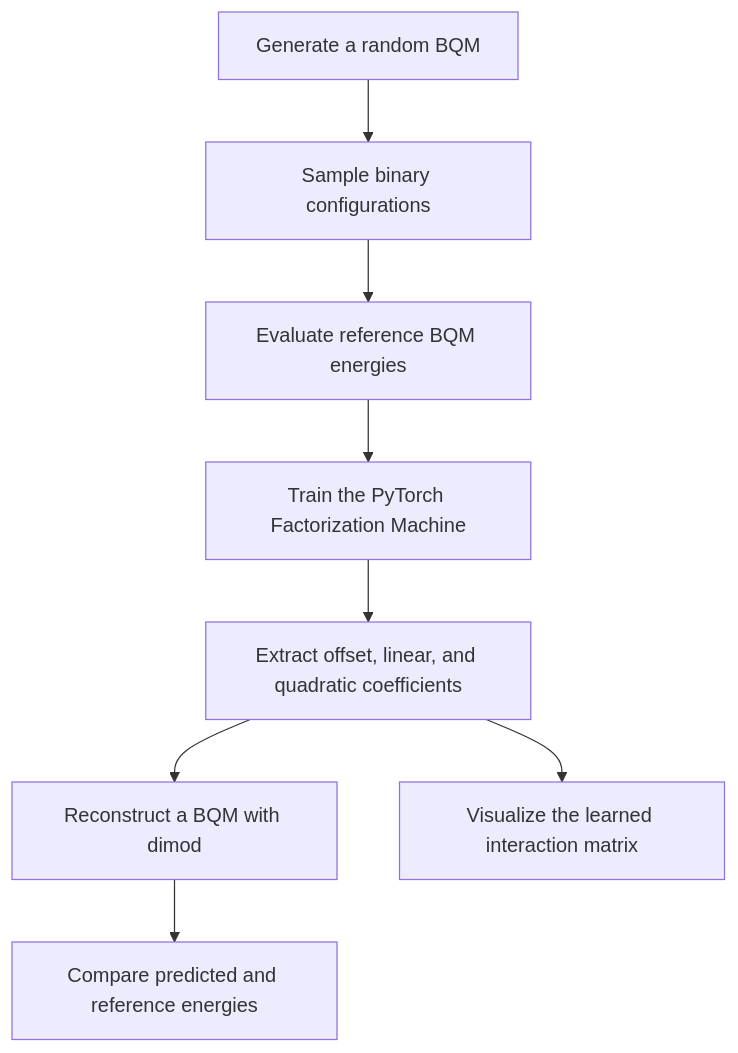
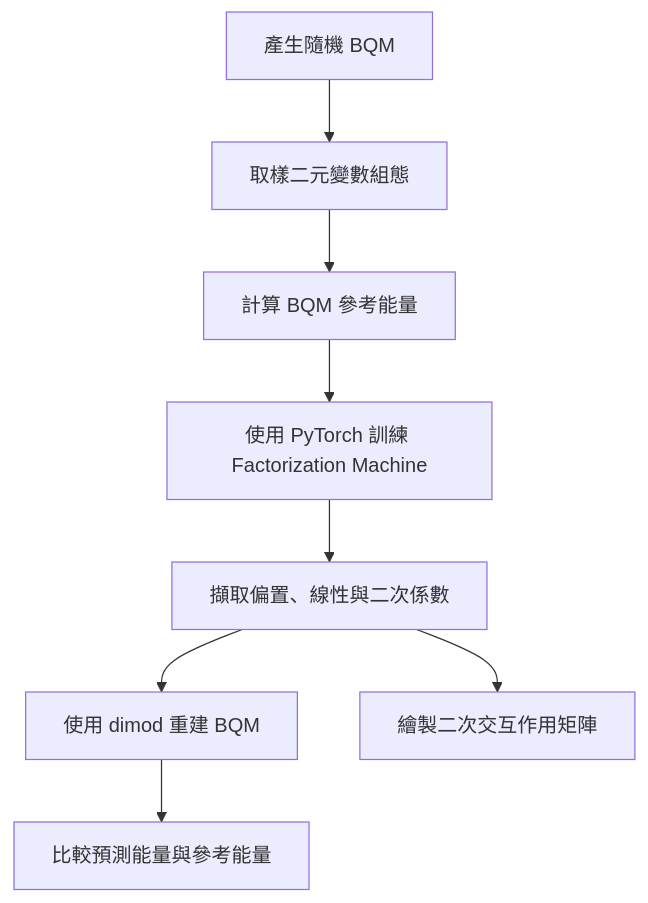
Before and after one commit to Oscar7769/Factorization_Machine_in_PyTorch: the diagram in README.md, drawn with Mermaid. The commit also changed other lines of this file, not shown here.

```diff
--- a/README.md
+++ b/README.md
@@ -77,10 +101,10 @@
 ~~~mermaid
 flowchart TD
-    A["Generate a random BQM"] --> B["Sample binary configurations"]
-    B --> C["Evaluate reference BQM energies"]
-    C --> D["Train the PyTorch Factorization Machine"]
-    D --> E["Extract offset, linear, and quadratic coefficients"]
-    E --> F["Reconstruct a BQM with dimod"]
-    F --> G["Compare predicted and reference energies"]
-    E --> H["Visualize the learned interaction matrix"]
+    A["產生隨機 BQM"] --> B["取樣二元變數組態"]
+    B --> C["計算 BQM 參考能量"]
+    C --> D["使用 PyTorch 訓練 Factorization Machine"]
+    D --> E["擷取偏置、線性與二次係數"]
+    E --> F["使用 dimod 重建 BQM"]
+    F --> G["比較預測能量與參考能量"]
+    E --> H["繪製二次交互作用矩陣"]
 ~~~
```
